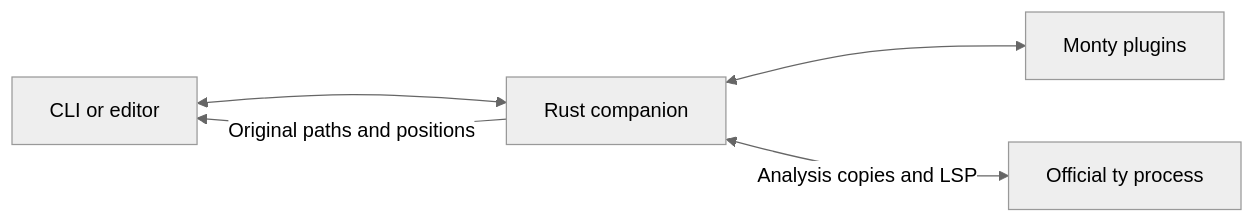
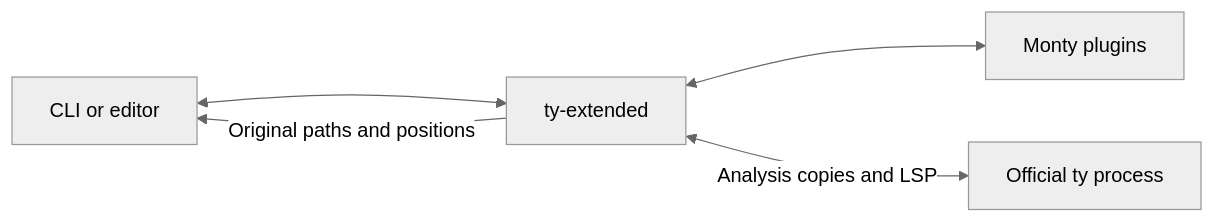
The diagram in companion/README.md (regularkevvv/ty-extended), drawn with Mermaid (neutral theme) before and after one commit. The commit also changed other lines of this file and 99 other files, not shown here.

````diff
--- a/companion/README.md
+++ b/companion/README.md
@@ -24,7 +24,7 @@
 ```mermaid
 flowchart LR
-    client[CLI or editor] <--> wrapper[Rust companion]
+    client[CLI or editor] <--> wrapper[ty-extended]
     wrapper <--> monty[Monty plugins]
     wrapper <-->|Analysis copies and LSP| ty[Official ty process]
     wrapper -->|Original paths and positions| client
 ```
````
